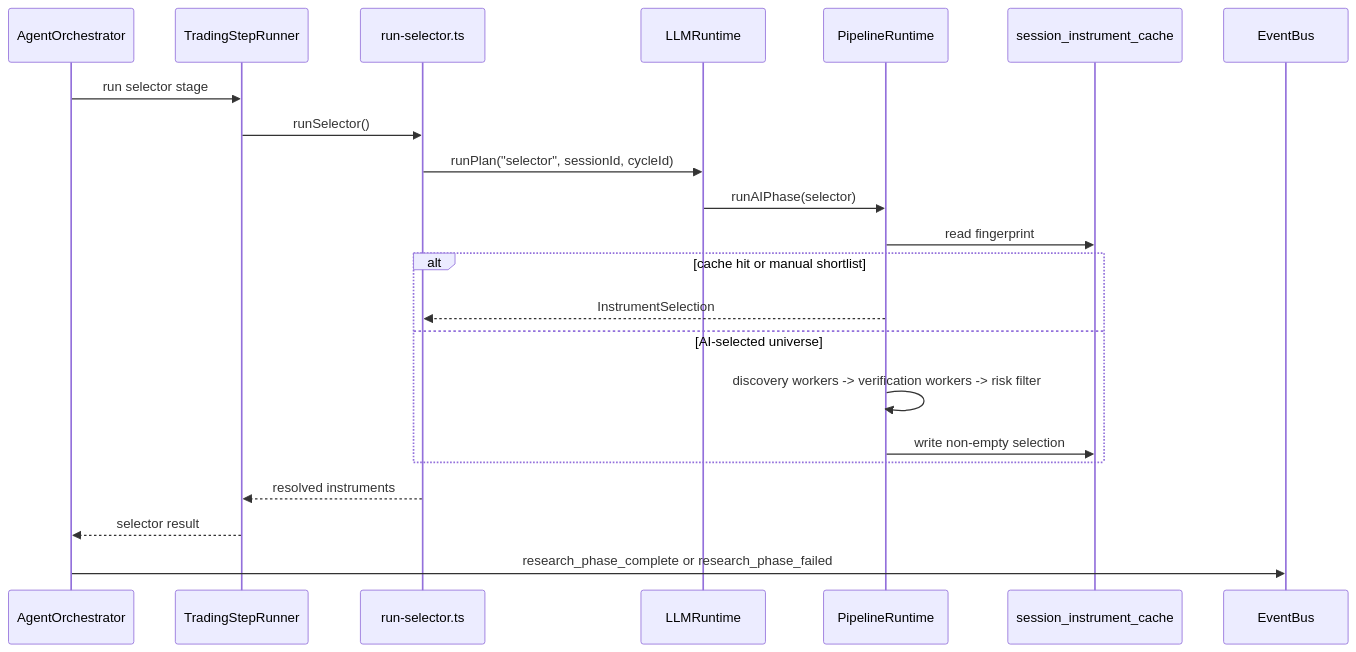
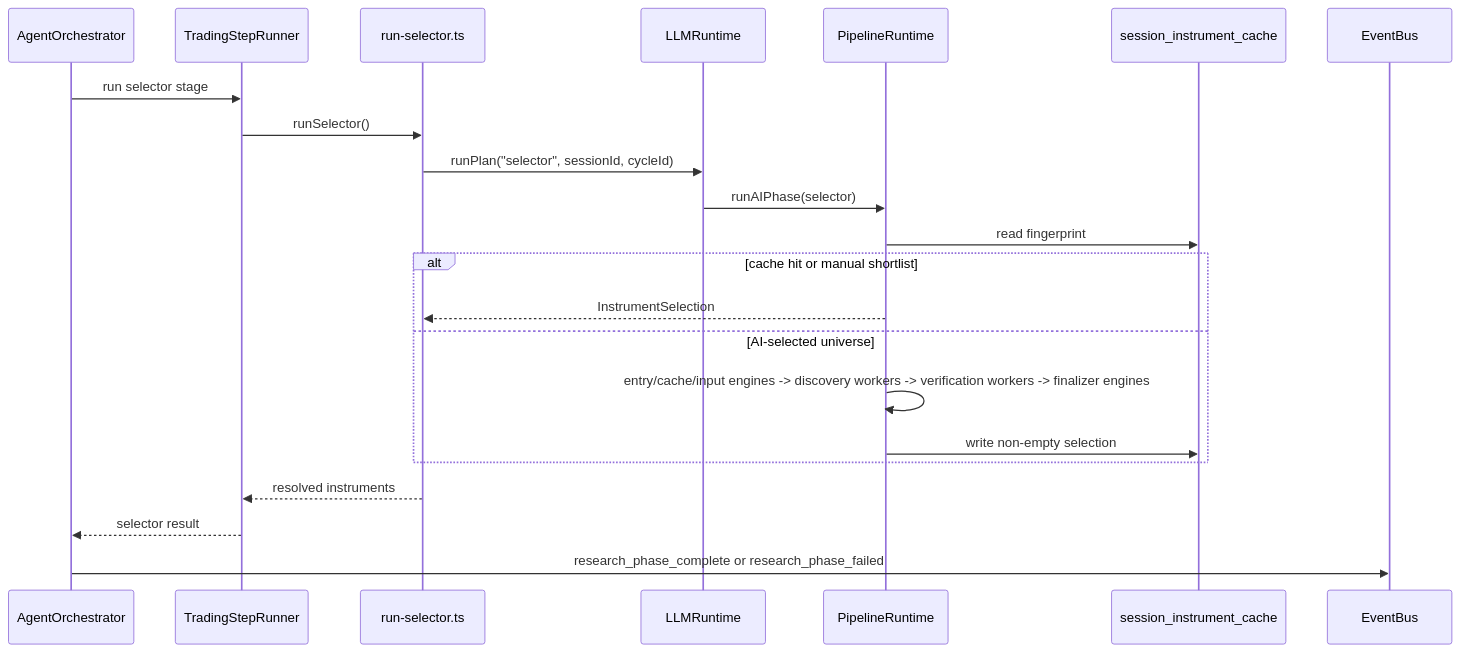
Before and after one commit to KennethAtchon/Exva: the sixth of 14 diagrams in docs/architecture/ai-runtime.md, drawn with Mermaid. The commit also changed other lines of this file and 19 other files, not shown here.

First line of the commit message:
Implement definition-first pipeline architecture and enhance phase organization

````diff
--- a/docs/architecture/ai-runtime.md
+++ b/docs/architecture/ai-runtime.md
@@ -242,25 +243,25 @@
 ```mermaid
 sequenceDiagram
     participant Orch as AgentOrchestrator
     participant Step as TradingStepRunner
     participant Selector as run-selector.ts
     participant AI as LLMRuntime
     participant Pipeline as PipelineRuntime
     participant Cache as session_instrument_cache
     participant Bus as EventBus
 
     Orch->>Step: run selector stage
     Step->>Selector: runSelector()
     Selector->>AI: runPlan("selector", sessionId, cycleId)
     AI->>Pipeline: runAIPhase(selector)
     Pipeline->>Cache: read fingerprint
     alt cache hit or manual shortlist
         Pipeline-->>Selector: InstrumentSelection
     else AI-selected universe
-        Pipeline->>Pipeline: discovery workers -> verification workers -> risk filter
+        Pipeline->>Pipeline: entry/cache/input engines -> discovery workers -> verification workers -> finalizer engines
         Pipeline->>Cache: write non-empty selection
     end
     Selector-->>Step: resolved instruments
     Step-->>Orch: selector result
     Orch->>Bus: research_phase_complete or research_phase_failed
 ```
````
